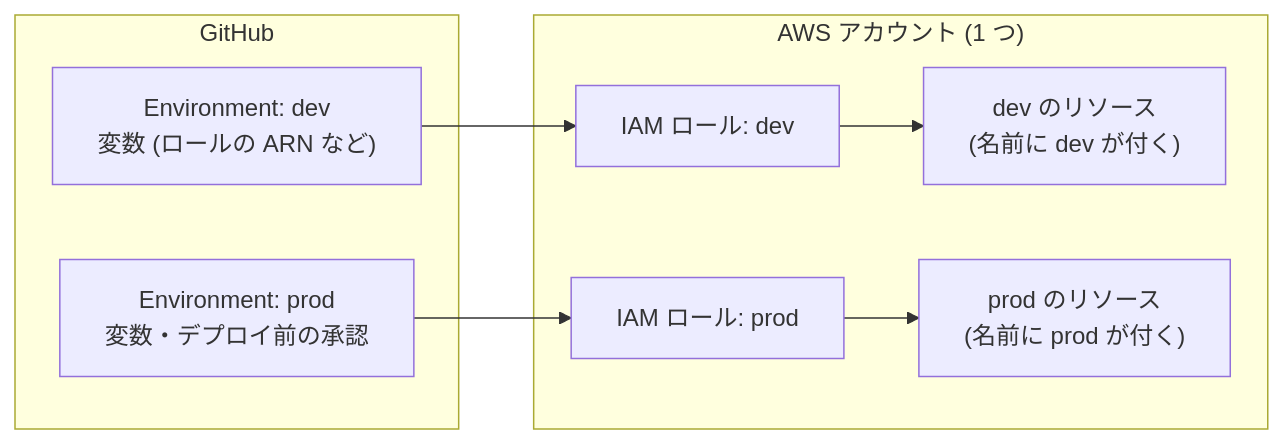
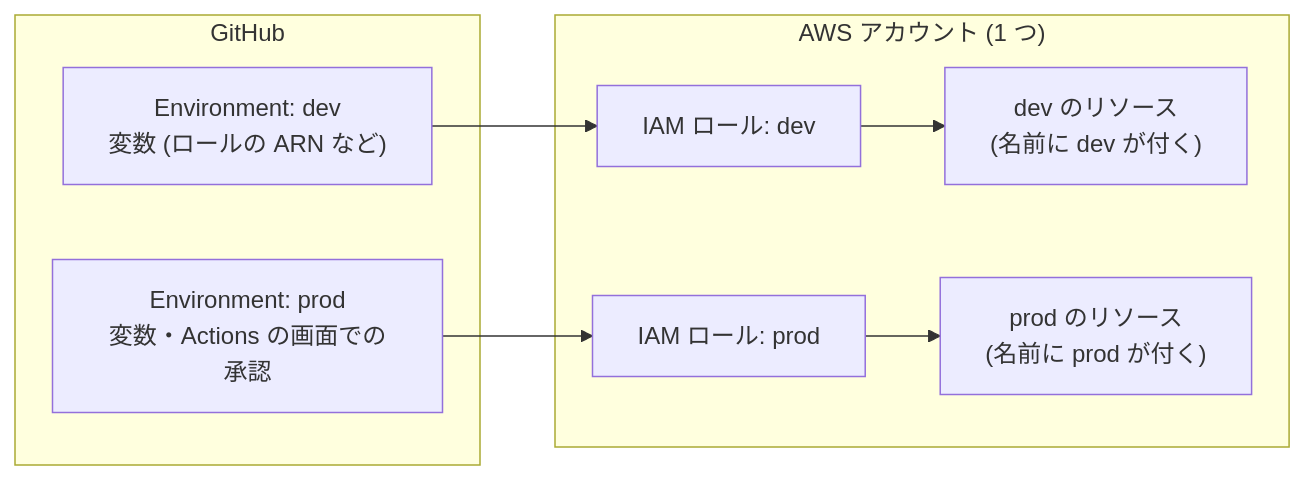
The second of 3 diagrams in docs/architecture.md (Inouey1008/family-video), drawn with Mermaid before and after one commit. The commit also changed other lines of this file, not shown here.

Commit message:
docs: prod の承認を Actions の画面で行うと書く

````diff
--- a/docs/architecture.md
+++ b/docs/architecture.md
@@ -61,15 +61,15 @@
 ```mermaid
 flowchart LR
   subgraph GH["GitHub"]
     ED["Environment: dev<br/>変数 (ロールの ARN など)"]
-    EP["Environment: prod<br/>変数・デプロイ前の承認"]
+    EP["Environment: prod<br/>変数・Actions の画面での承認"]
   end
   subgraph AWS["AWS アカウント (1 つ)"]
     RD["IAM ロール: dev"]
     RP["IAM ロール: prod"]
     D["dev のリソース<br/>(名前に dev が付く)"]
     P["prod のリソース<br/>(名前に prod が付く)"]
   end
   ED --> RD --> D
   EP --> RP --> P
 ```
````
